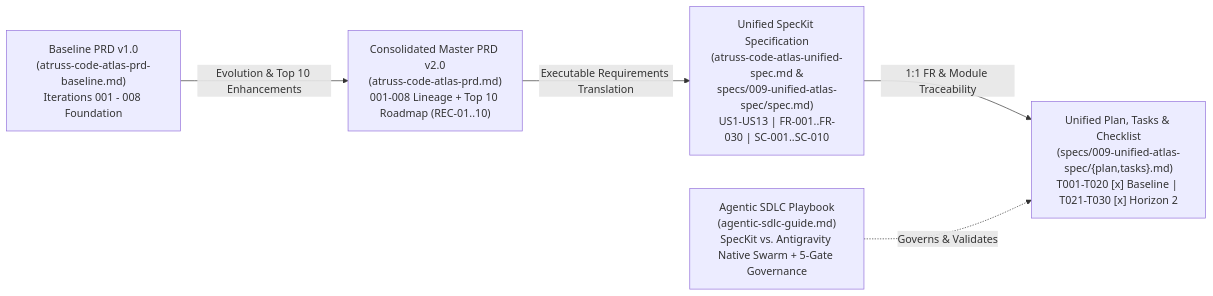
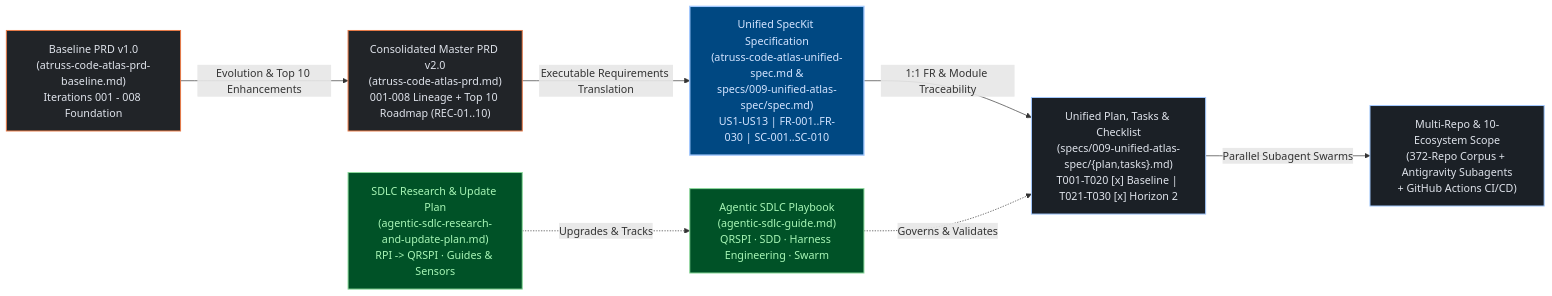
One commit to kumarshaz/atruss-code-atlas changed the diagram in docs/README.md. Above: the diagram before and after it, drawn with Mermaid. The commit also changed other lines of this file and 331 other files, not shown here.

Commit message:
docs,ui,fix: update SDLC docs, reorder CI/CD DAG first, stylize Mermaid, and fix Arc42 pipeline topology

````diff
--- a/docs/README.md
+++ b/docs/README.md
@@ -9,13 +9,22 @@
 ```mermaid
 flowchart LR
-    Baseline["Baseline PRD v1.0<br/>(atruss-code-atlas-prd-baseline.md)<br/>Iterations 001 - 008 Foundation"]
-    MasterPRD["Consolidated Master PRD v2.0<br/>(atruss-code-atlas-prd.md)<br/>001-008 Lineage + Top 10 Roadmap (REC-01..10)"]
-    UnifiedSpec["Unified SpecKit Specification<br/>(atruss-code-atlas-unified-spec.md &<br/>specs/009-unified-atlas-spec/spec.md)<br/>US1-US13 | FR-001..FR-030 | SC-001..SC-010"]
-    PlanTasks["Unified Plan, Tasks & Checklist<br/>(specs/009-unified-atlas-spec/{plan,tasks}.md)<br/>T001-T020 [x] Baseline | T021-T030 [x] Horizon 2"]
-    SDLCGuide["Agentic SDLC Playbook<br/>(agentic-sdlc-guide.md)<br/>SpecKit vs. Antigravity Native Swarm + 5-Gate Governance"]
+    classDef atlasRoot fill:#004882,stroke:#a3c9ff,stroke-width:2px,color:#d3e4ff
+    classDef atlasCategory fill:#212428,stroke:#E87A48,stroke-width:1.5px,color:#dfe3eb
+    classDef atlasWorkflow fill:#1b2026,stroke:#a3c9ff,stroke-width:1.5px,color:#dfe3eb
+    classDef atlasTarget fill:#005227,stroke:#8bd99b,stroke-width:1.5px,color:#a7f6b6
+
+    Baseline["Baseline PRD v1.0<br/>(atruss-code-atlas-prd-baseline.md)<br/>Iterations 001 - 008 Foundation"]:::atlasCategory
+    MasterPRD["Consolidated Master PRD v2.0<br/>(atruss-code-atlas-prd.md)<br/>001-008 Lineage + Top 10 Roadmap (REC-01..10)"]:::atlasCategory
+    UnifiedSpec["Unified SpecKit Specification<br/>(atruss-code-atlas-unified-spec.md &<br/>specs/009-unified-atlas-spec/spec.md)<br/>US1-US13 | FR-001..FR-030 | SC-001..SC-010"]:::atlasRoot
+    PlanTasks["Unified Plan, Tasks & Checklist<br/>(specs/009-unified-atlas-spec/{plan,tasks}.md)<br/>T001-T020 [x] Baseline | T021-T030 [x] Horizon 2"]:::atlasWorkflow
+    SDLCGuide["Agentic SDLC Playbook<br/>(agentic-sdlc-guide.md)<br/>QRSPI · SDD · Harness Engineering · Swarm"]:::atlasTarget
+    ResearchPlan["SDLC Research & Update Plan<br/>(agentic-sdlc-research-and-update-plan.md)<br/>RPI -> QRSPI · Guides & Sensors"]:::atlasTarget
+    NativeFlows["Multi-Repo & 10-Ecosystem Scope<br/>(372-Repo Corpus + Antigravity Subagents<br/>+ GitHub Actions CI/CD)"]:::atlasWorkflow
 
     Baseline -->|"Evolution & Top 10 Enhancements"| MasterPRD
     MasterPRD -->|"Executable Requirements Translation"| UnifiedSpec
     UnifiedSpec -->|"1:1 FR & Module Traceability"| PlanTasks
     SDLCGuide -.->|"Governs & Validates"| PlanTasks
+    ResearchPlan -.->|"Upgrades & Tracks"| SDLCGuide
+    PlanTasks -->|"Parallel Subagent Swarms"| NativeFlows
 ```
````
